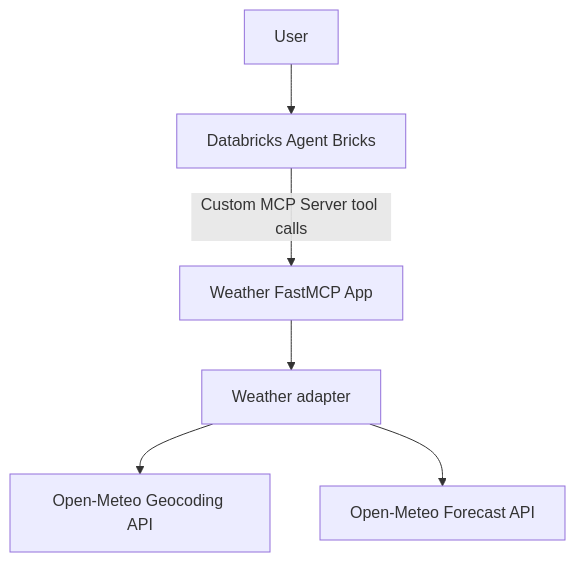
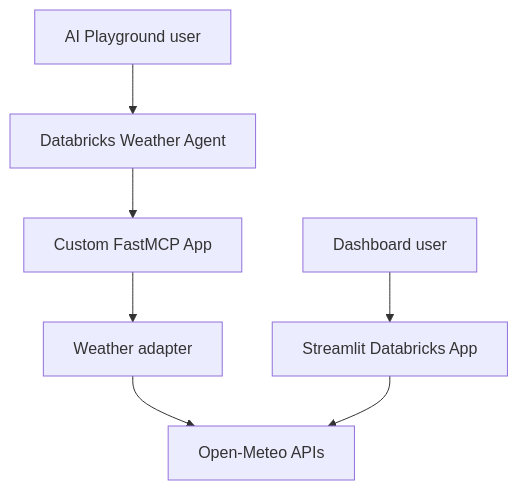
Before and after one commit to marcelonaza/databricks-ai-bootcamp-capstone: the diagram in README.md, drawn with Mermaid. The commit also changed other lines of this file, not shown here.

````diff
--- a/README.md
+++ b/README.md
@@ -7,8 +18,10 @@
 ```mermaid
 flowchart TD
-    U[User] --> A[Databricks Agent Bricks]
-    A -->|Custom MCP Server tool calls| M[Weather FastMCP App]
-    M --> W[Weather adapter]
-    W --> G[Open-Meteo Geocoding API]
-    W --> F[Open-Meteo Forecast API]
+    U1["AI Playground user"] --> AG["Databricks Weather Agent"]
+    AG --> MCP["Custom FastMCP App"]
+    MCP --> AD["Weather adapter"]
+    AD --> OM["Open-Meteo APIs"]
+
+    U2["Dashboard user"] --> UI["Streamlit Databricks App"]
+    UI --> OM
 ```
````
